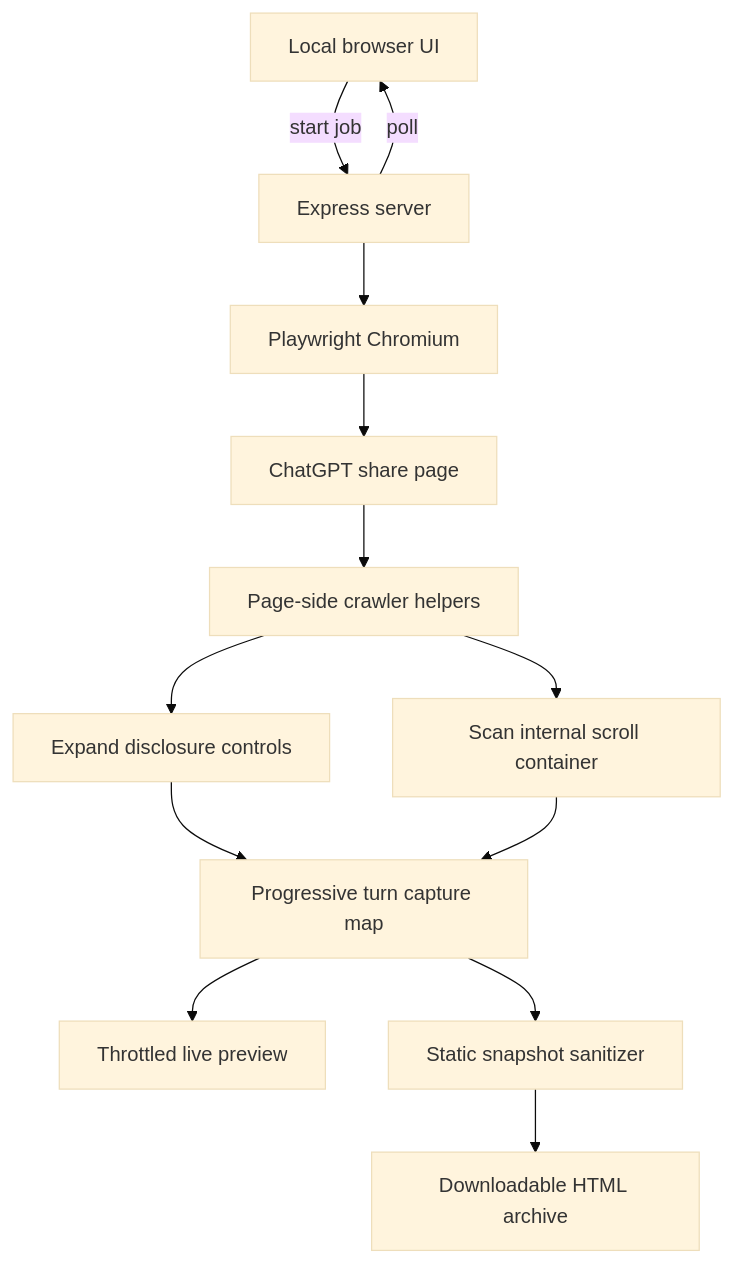
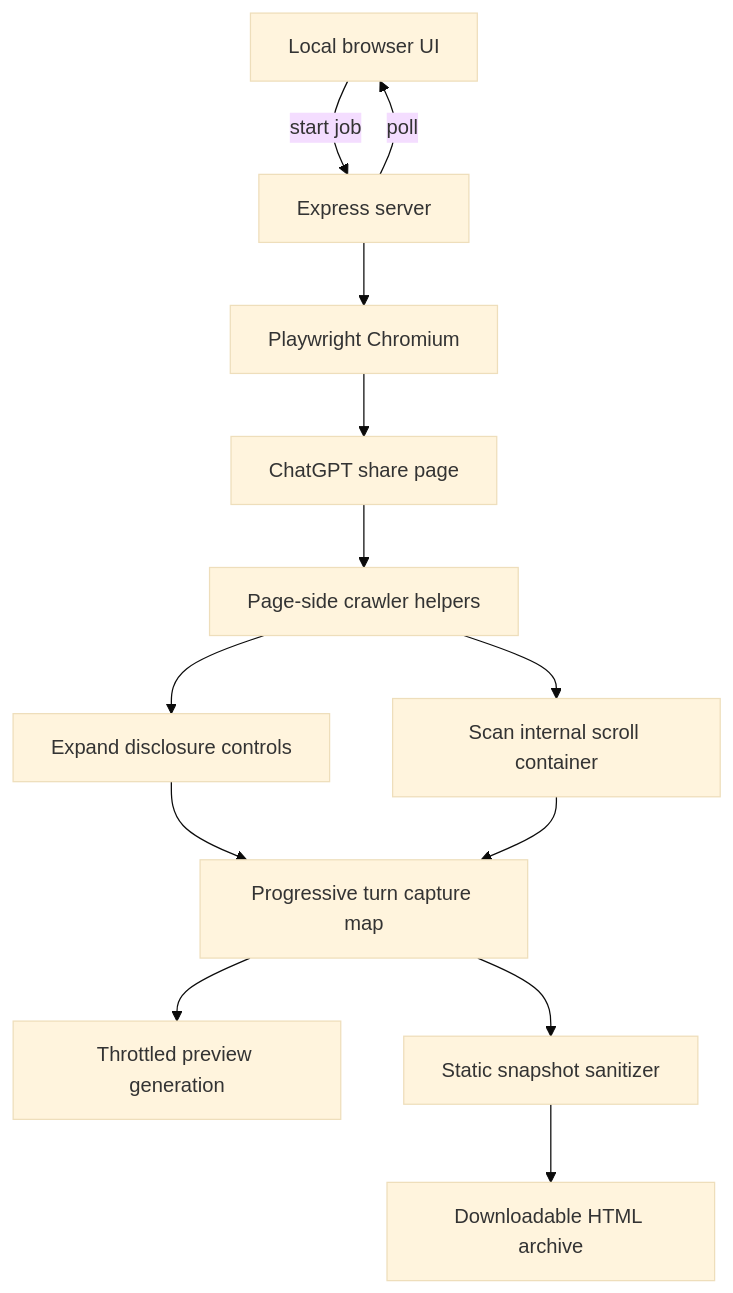
One commit to dcf1007/chatgpt_conversation_crawler changed the diagram in README.md. Above: the diagram before and after it, drawn with Mermaid (base theme). The commit also changed other lines of this file, not shown here.

Commit message:
docs: align status and preview behavior

````diff
--- a/README.md
+++ b/README.md
@@ -298,15 +379,15 @@
 ```mermaid
 flowchart TD
     UI[Local browser UI] -->|start job| API[Express server]
     API --> PW[Playwright Chromium]
     PW --> SHARE[ChatGPT share page]
     SHARE --> CRAWL[Page-side crawler helpers]
     CRAWL --> EXPAND[Expand disclosure controls]
     CRAWL --> SCROLL[Scan internal scroll container]
     EXPAND --> CAPTURE[Progressive turn capture map]
     SCROLL --> CAPTURE
-    CAPTURE --> PREVIEW[Throttled live preview]
+    CAPTURE --> PREVIEW[Throttled preview generation]
     CAPTURE --> SNAPSHOT[Static snapshot sanitizer]
     SNAPSHOT --> HTML[Downloadable HTML archive]
     API -->|poll| UI
 ```
````
